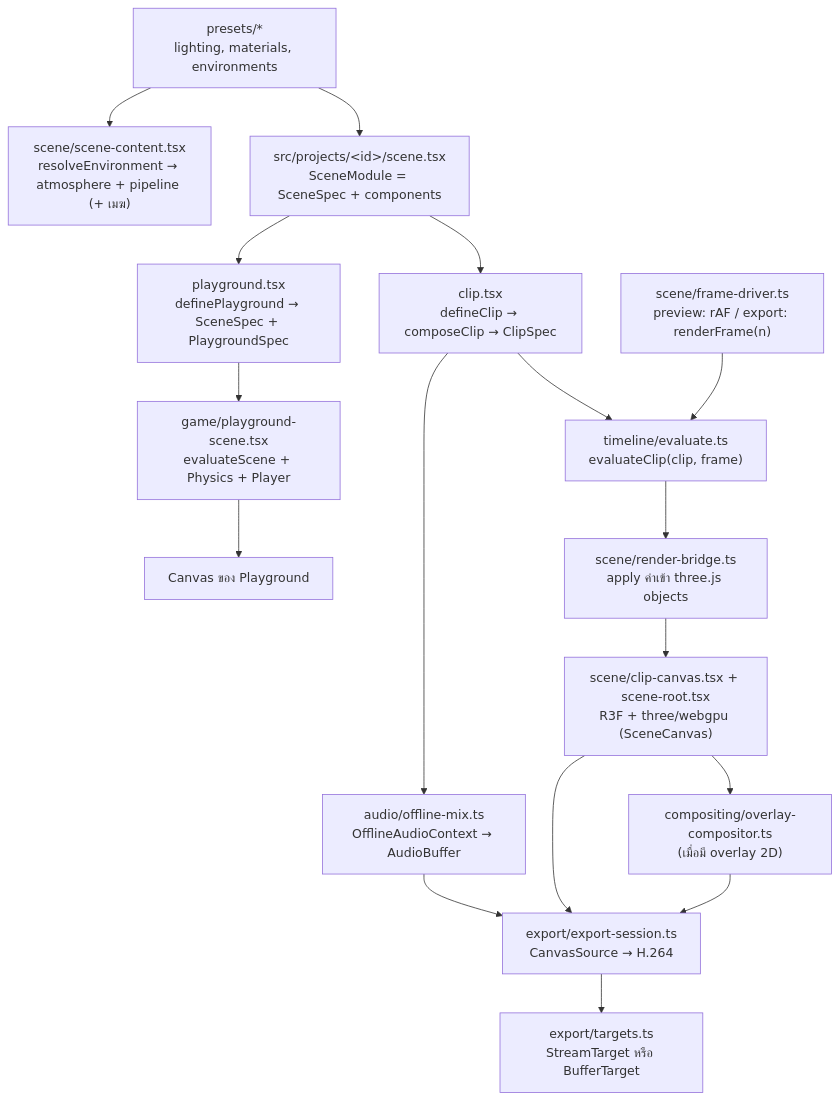
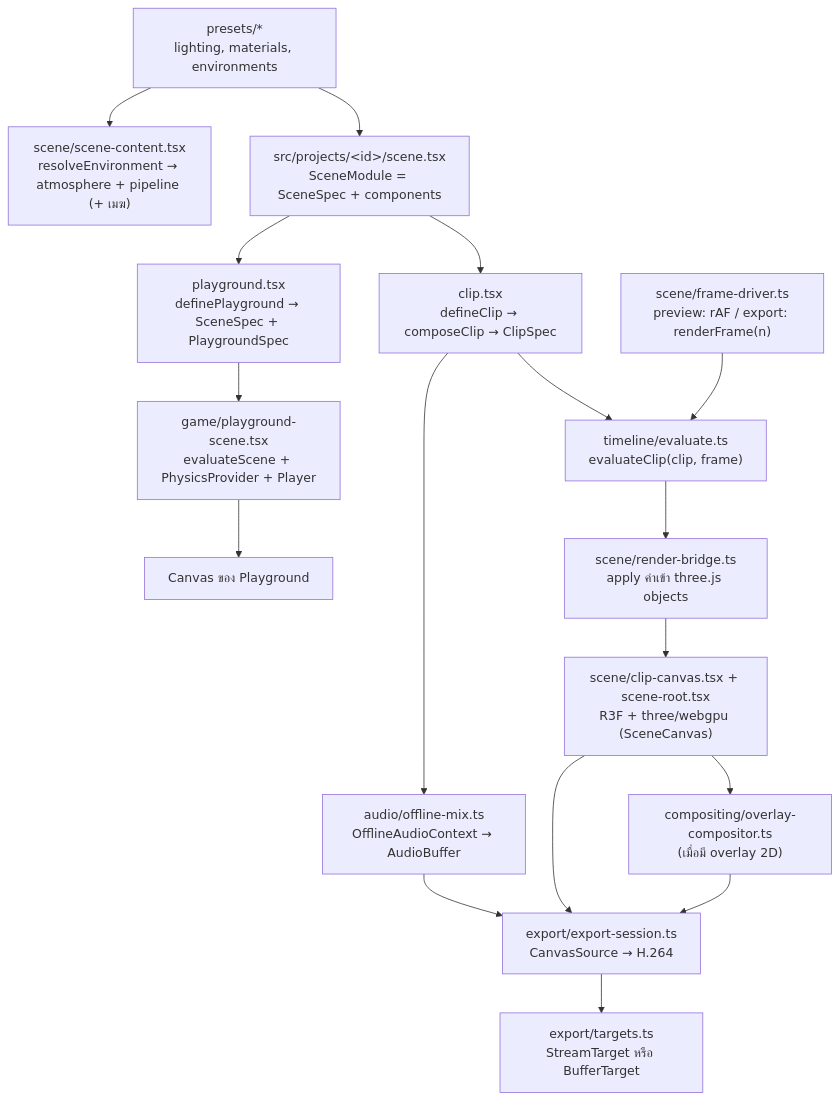
The diagram in docs/architecture.md (SaharatM864/three_3D_studio), drawn with Mermaid before and after one commit. The commit also changed other lines of this file and 41 other files, not shown here.

````diff
--- a/docs/architecture.md
+++ b/docs/architecture.md
@@ -22,19 +23,19 @@
 ```mermaid
 flowchart TD
     S["src/projects/&lt;id&gt;/scene.tsx<br/>SceneModule = SceneSpec + components"] --> C["clip.tsx<br/>defineClip → composeClip → ClipSpec"]
     S --> PG["playground.tsx<br/>definePlayground → SceneSpec + PlaygroundSpec"]
     C --> E["timeline/evaluate.ts<br/>evaluateClip(clip, frame)"]
     E --> B["scene/render-bridge.ts<br/>apply ค่าเข้า three.js objects"]
     D["scene/frame-driver.ts<br/>preview: rAF / export: renderFrame(n)"] --> E
     B --> R["scene/clip-canvas.tsx + scene-root.tsx<br/>R3F + three/webgpu (SceneCanvas)"]
     R --> O["compositing/overlay-compositor.ts<br/>(เมื่อมี overlay 2D)"]
     O --> X["export/export-session.ts<br/>CanvasSource → H.264"]
     R --> X
     C --> A["audio/offline-mix.ts<br/>OfflineAudioContext → AudioBuffer"]
     A --> X
     X --> T["export/targets.ts<br/>StreamTarget หรือ BufferTarget"]
     P["presets/*<br/>lighting, materials, environments"] --> S
     P --> SC["scene/scene-content.tsx<br/>resolveEnvironment → atmosphere + pipeline (+ เมฆ)"]
-    PG --> G["game/playground-scene.tsx<br/>evaluateScene + Physics + Player"]
+    PG --> G["game/playground-scene.tsx<br/>evaluateScene + PhysicsProvider + Player"]
     G --> R2["Canvas ของ Playground"]
 ```
````
